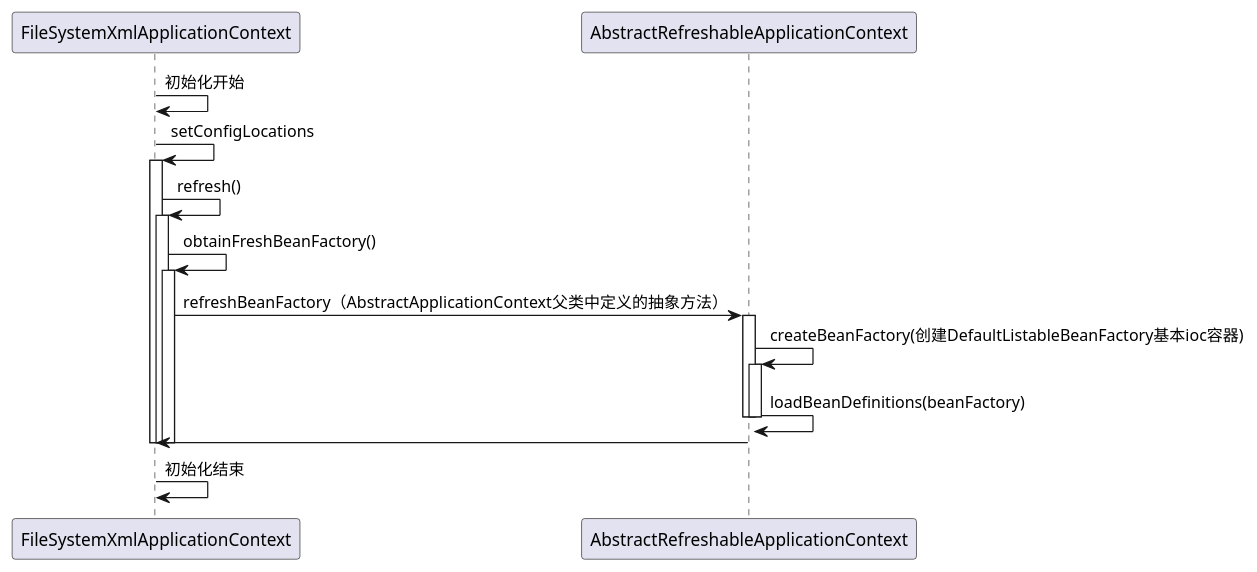
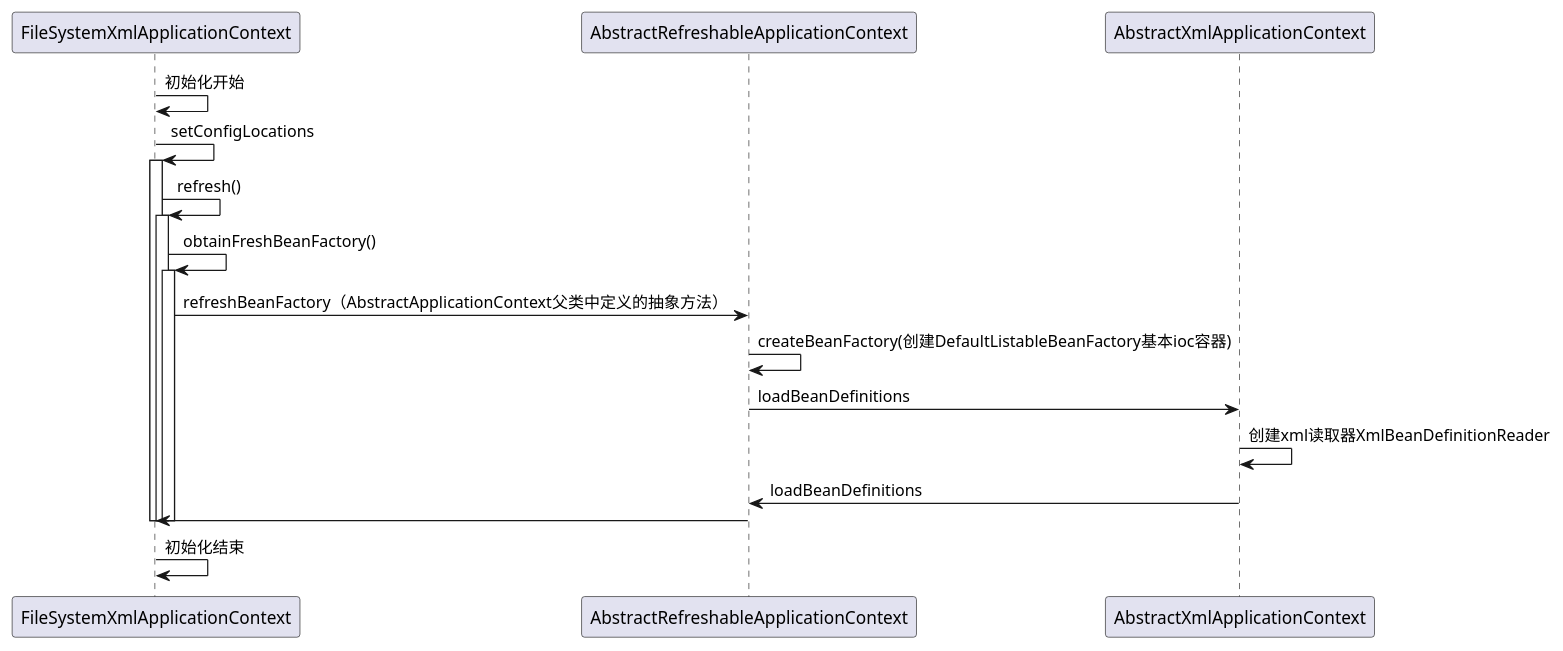
One commit to chujun/spring-framework changed the diagram in doc/BeanDefinitionResource定位.puml. Above: the diagram before and after it, drawn with PlantUML.

Commit message:
temp save:创建xml读取器XmlBeanDefinitionReader

```diff
--- a/doc/BeanDefinitionResource定位.puml
+++ b/doc/BeanDefinitionResource定位.puml
@@ -1,27 +1,26 @@
 @startuml
 participant FileSystemXmlApplicationContext as main
 participant AbstractRefreshableApplicationContext as AbsRefContext
+participant AbstractXmlApplicationContext as absXmlContext
 main ->main : 初始化开始
 main -> main :setConfigLocations
 activate main
 main -> main: refresh()
 activate main
 main -> main: obtainFreshBeanFactory()
 activate main
 
 
 main -> AbsRefContext: refreshBeanFactory（AbstractApplicationContext父类中定义的抽象方法）
-activate AbsRefContext
 AbsRefContext->AbsRefContext:createBeanFactory(创建DefaultListableBeanFactory基本ioc容器)
-activate AbsRefContext
-AbsRefContext->AbsRefContext:loadBeanDefinitions(beanFactory)
-deactivate AbsRefContext
-deactivate AbsRefContext
+AbsRefContext -> absXmlContext:loadBeanDefinitions
+absXmlContext->absXmlContext:创建xml读取器XmlBeanDefinitionReader
+absXmlContext -> AbsRefContext:loadBeanDefinitions
 AbsRefContext -> main:
 
 
 deactivate main
 deactivate main
 deactivate main
 main ->main : 初始化结束
 @enduml
```
